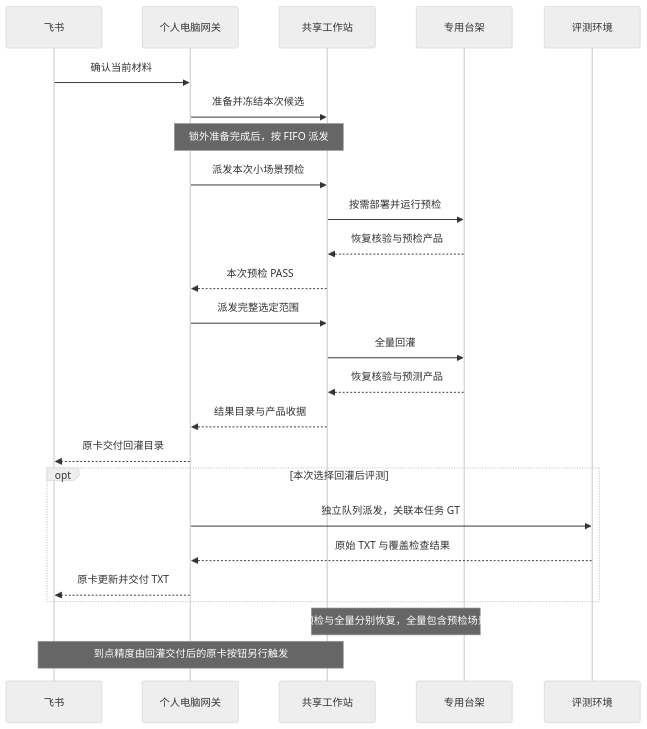
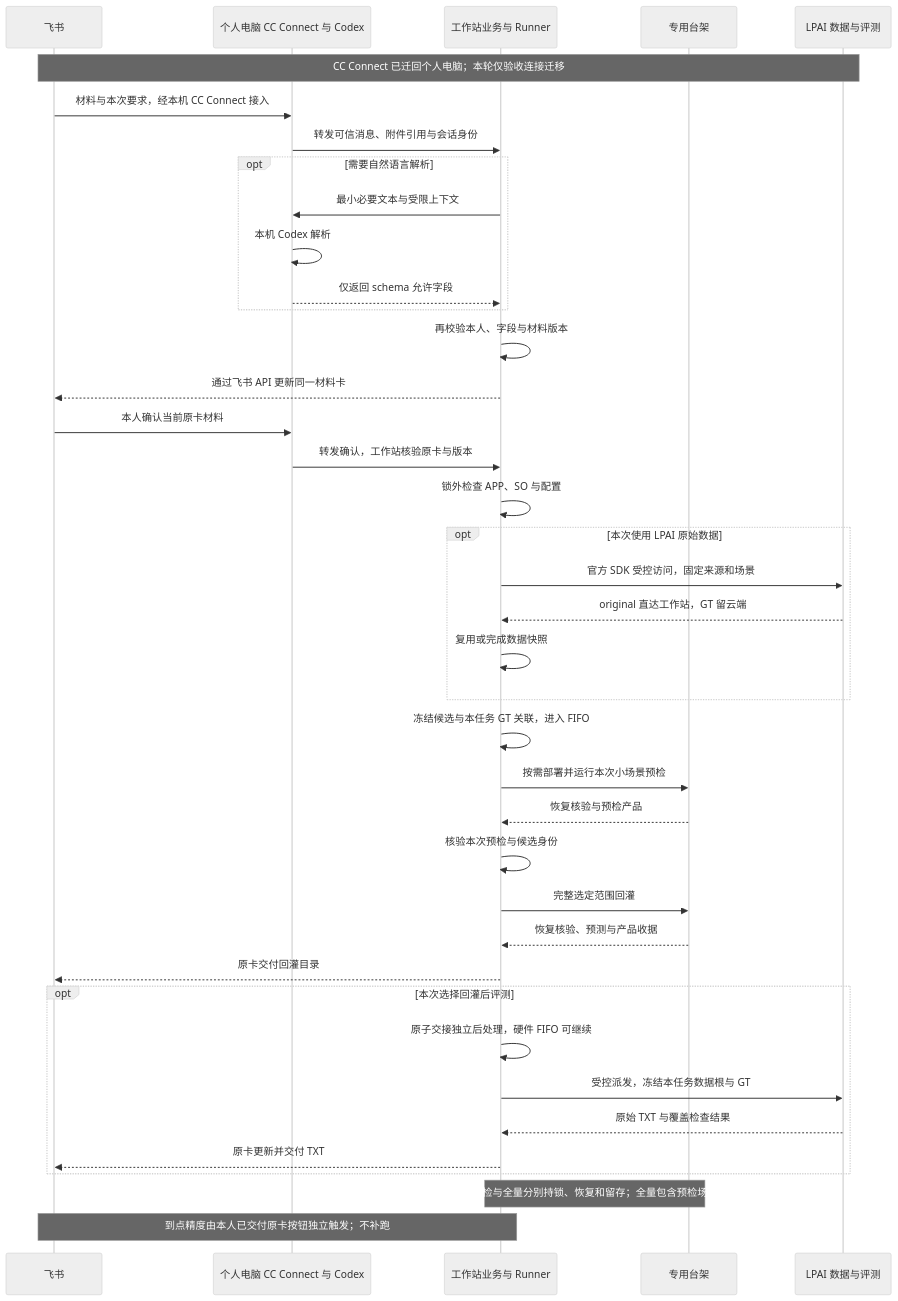
The diagram in docs/execution-sequence.mmd (Inner-vic/benchflow), drawn with Mermaid (neutral theme) before and after one commit. The commit also changed 10 other files, not shown here.

```diff
--- a/docs/execution-sequence.mmd
+++ b/docs/execution-sequence.mmd
@@ -1,28 +1,42 @@
 sequenceDiagram
     participant F as 飞书
-    participant PC as 个人电脑网关
-    participant WS as 共享工作站
+    participant PC as 个人电脑 CC Connect 与 Codex
+    participant WS as 工作站业务与 Runner
     participant B as 专用台架
-    participant EV as 评测环境
+    participant EV as LPAI 数据与评测
 
-    F->>PC: 确认当前材料
-    PC->>WS: 准备并冻结本次候选
-    Note over PC,WS: 锁外准备完成后，按 FIFO 派发
-    PC->>WS: 派发本次小场景预检
-    WS->>B: 按需部署并运行预检
+    Note over F,EV: CC Connect 已迁回个人电脑；本轮仅验收连接迁移
+    F->>PC: 材料与本次要求，经本机 CC Connect 接入
+    PC->>WS: 转发可信消息、附件引用与会话身份
+    opt 需要自然语言解析
+        WS->>PC: 最小必要文本与受限上下文
+        PC->>PC: 本机 Codex 解析
+        PC-->>WS: 仅返回 schema 允许字段
+    end
+    WS->>WS: 再校验本人、字段与材料版本
+    WS-->>F: 通过飞书 API 更新同一材料卡
+    F->>PC: 本人确认当前原卡材料
+    PC->>WS: 转发确认，工作站核验原卡与版本
+    WS->>WS: 锁外检查 APP、SO 与配置
+    opt 本次使用 LPAI 原始数据
+        WS->>EV: 官方 SDK 受控访问，固定来源和场景
+        EV-->>WS: original 直达工作站，GT 留云端
+        WS->>WS: 复用或完成数据快照
+    end
+    WS->>WS: 冻结候选与本任务 GT 关联，进入 FIFO
+    WS->>B: 按需部署并运行本次小场景预检
     B-->>WS: 恢复核验与预检产品
-    WS-->>PC: 本次预检 PASS
-    PC->>WS: 派发完整选定范围
-    WS->>B: 全量回灌
-    B-->>WS: 恢复核验与预测产品
-    WS-->>PC: 结果目录与产品收据
-    PC-->>F: 原卡交付回灌目录
+    WS->>WS: 核验本次预检与候选身份
+    WS->>B: 完整选定范围回灌
+    B-->>WS: 恢复核验、预测与产品收据
+    WS-->>F: 原卡交付回灌目录
 
     opt 本次选择回灌后评测
-        PC->>EV: 独立队列派发，关联本任务 GT
-        EV-->>PC: 原始 TXT 与覆盖检查结果
-        PC-->>F: 原卡更新并交付 TXT
+        WS->>WS: 原子交接独立后处理，硬件 FIFO 可继续
+        WS->>EV: 受控派发，冻结本任务数据根与 GT
+        EV-->>WS: 原始 TXT 与覆盖检查结果
+        WS-->>F: 原卡更新并交付 TXT
     end
 
-    Note over WS,B: 预检与全量分别恢复，全量包含预检场景
-    Note over F,WS: 到点精度由回灌交付后的原卡按钮另行触发
+    Note over WS,B: 预检与全量分别持锁、恢复和留存；全量包含预检场景
+    Note over F,WS: 到点精度由本人已交付原卡按钮独立触发；不补跑
```
